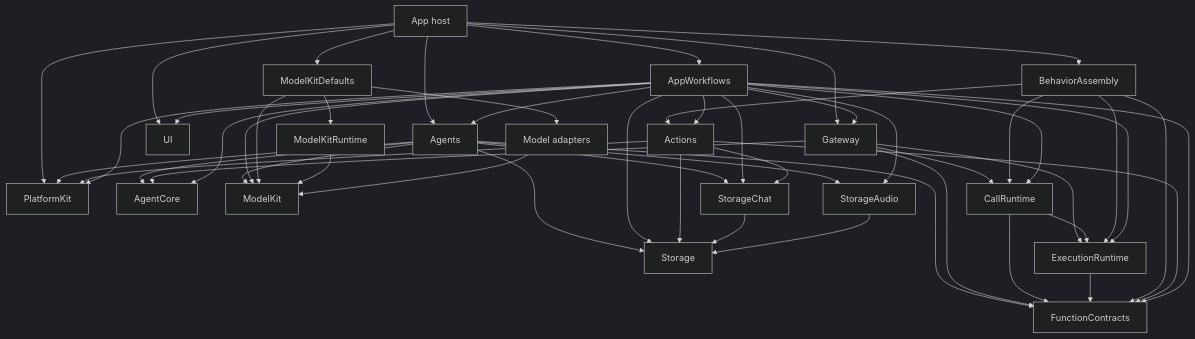
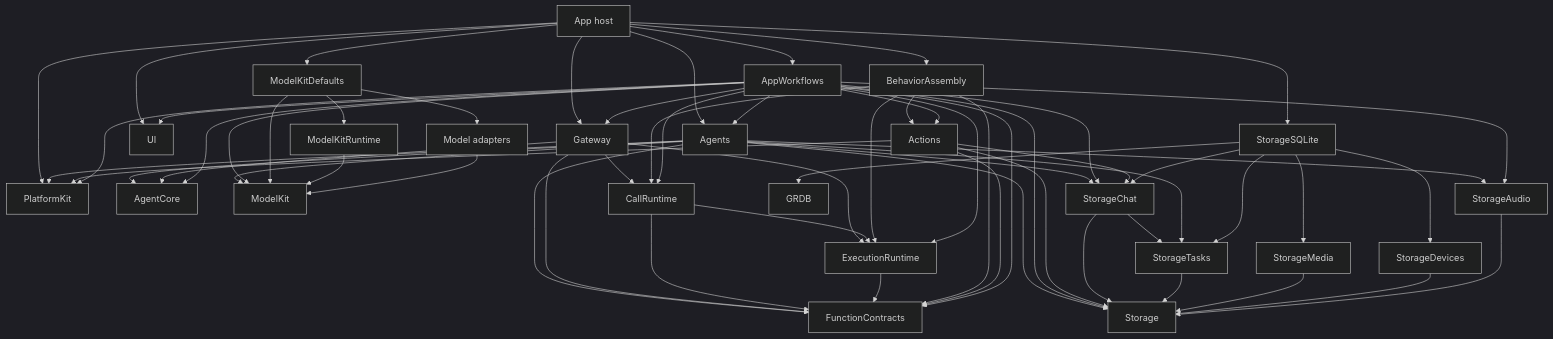
The third of 35 diagrams in MobileHarness/README.md (devilyouwei/MobileHarness), drawn with Mermaid (dark theme) before and after one commit. The commit also changed other lines of this file and 374 other files, not shown here.

````diff
--- a/MobileHarness/README.md
+++ b/MobileHarness/README.md
@@ -134,57 +134,68 @@
 ```mermaid
 flowchart TB
     App[App host] --> Agents
     App --> Gateway
     App --> Assembly[BehaviorAssembly]
     App --> Workflows[AppWorkflows]
     App --> Defaults[ModelKitDefaults]
     App --> UI
     App --> PlatformKit
 
     Agents --> AgentCore
     Agents --> FunctionContracts
     Agents --> PlatformKit
     Agents --> ModelKit
     Agents --> StorageChat
     Agents --> StorageAudio
     Agents --> Storage
 
     Gateway --> AgentCore
     Gateway --> FunctionContracts
     Gateway --> ExecutionRuntime
     Gateway --> CallRuntime
     CallRuntime --> ExecutionRuntime
     CallRuntime --> FunctionContracts
     ExecutionRuntime --> FunctionContracts
 
     Assembly --> Actions
     Assembly --> FunctionContracts
     Assembly --> ExecutionRuntime
     Assembly --> CallRuntime
     Actions --> FunctionContracts
     Actions --> PlatformKit
 
     Workflows --> UI
     Workflows --> Storage
     Workflows --> StorageChat
     Workflows --> StorageAudio
     Workflows --> ModelKit
     Workflows --> PlatformKit
     Workflows --> Actions
     Workflows --> Agents
     Workflows --> Gateway
     Workflows --> AgentCore
     Workflows --> FunctionContracts
     Workflows --> ExecutionRuntime
     Workflows --> CallRuntime
 
     Actions --> StorageChat
     Actions --> Storage
     StorageChat --> Storage
+    StorageChat --> StorageTasks
+    Agents --> StorageTasks
+    StorageTasks --> Storage
+    StorageMedia --> Storage
+    StorageDevices --> Storage
     StorageAudio --> Storage
+    App --> StorageSQLite
+    StorageSQLite --> StorageChat
+    StorageSQLite --> StorageTasks
+    StorageSQLite --> StorageMedia
+    StorageSQLite --> StorageDevices
+    StorageSQLite --> GRDB
     Defaults --> ModelKit
     Defaults --> ModelKitRuntime
     Defaults --> Adapters[Model adapters]
     ModelKitRuntime --> ModelKit
     Adapters --> ModelKit
 ```
````
